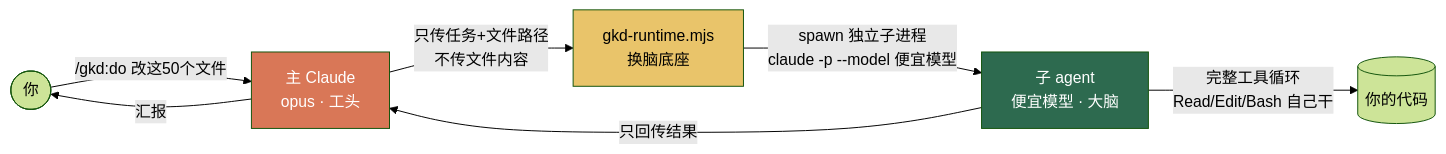
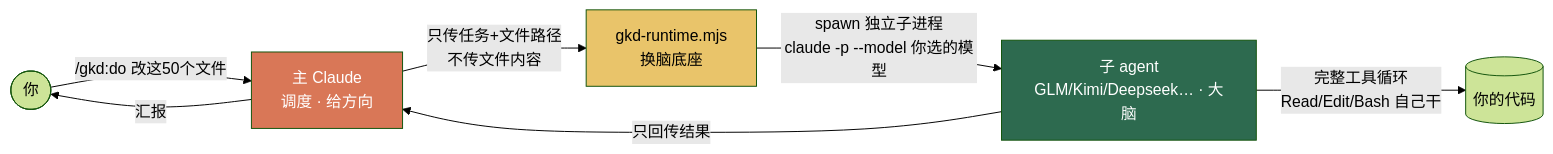
The first of 3 diagrams in README.md (alvis-HaoH/gkd), drawn with Mermaid (forest theme) before and after one commit. The commit also changed other lines of this file and 4 other files, not shown here.

First line of the commit message:
docs: 重定位为「搞快点 / GLM·Kimi·Deepseek」+ 新增英文 README

````diff
--- a/README.md
+++ b/README.md
@@ -20,13 +24,13 @@
 ```mermaid
 flowchart LR
-    U([你]) -->|/gkd:do 改这50个文件| Main[主 Claude<br/>opus · 工头]
+    U([你]) -->|/gkd:do 改这50个文件| Main[主 Claude<br/>调度 · 给方向]
     Main -->|只传任务+文件路径<br/>不传文件内容| RT[gkd-runtime.mjs<br/>换脑底座]
-    RT -->|spawn 独立子进程<br/>claude -p --model 便宜模型| Sub[子 agent<br/>便宜模型 · 大脑]
+    RT -->|spawn 独立子进程<br/>claude -p --model 你选的模型| Sub[子 agent<br/>GLM/Kimi/Deepseek… · 大脑]
     Sub -->|完整工具循环<br/>Read/Edit/Bash 自己干| Files[(你的代码)]
     Sub -->|只回传结果| Main
     Main -->|汇报| U
 
     style Main fill:#d97757,color:#fff
     style Sub fill:#2d6a4f,color:#fff
     style RT fill:#e9c46a,color:#000
 ```
````
